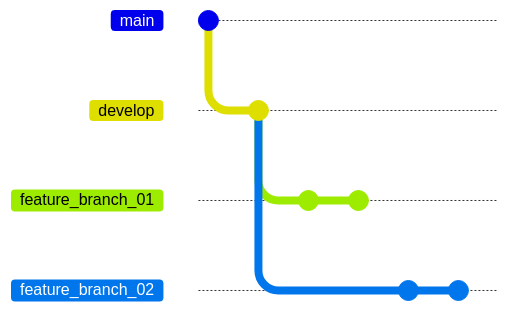
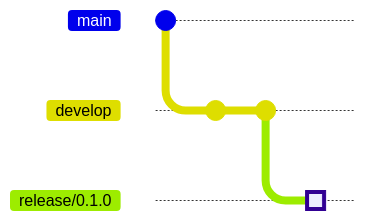
The first of 2 diagrams in Git flow release.md (jsaenz-endava/git-challenge-2023-1), drawn with Mermaid before and after one commit. The commit also changed other lines of this file, not shown here. Commit ids are hidden.

Commit message:
Mermaid graphs included

````diff
--- a/Git flow release.md
+++ b/Git flow release.md
@@ -66,13 +38,9 @@
 ```mermaid
 gitGraph
     commit
     branch develop
     commit
-    branch feature_branch_01
     commit
-    commit
-    checkout develop
-    branch feature_branch_02
-    commit
-    commit
+    branch release/0.1.0
+    commit id: "first release" type: HIGHLIGHT
 ```
````
